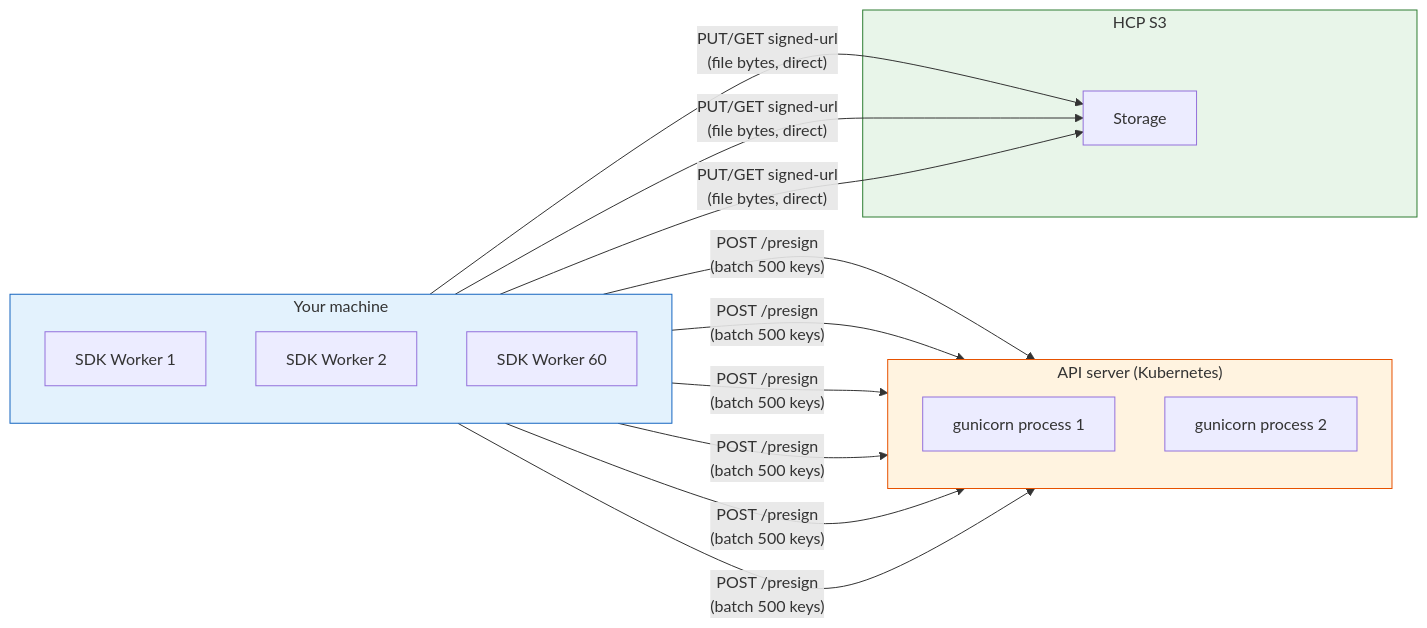
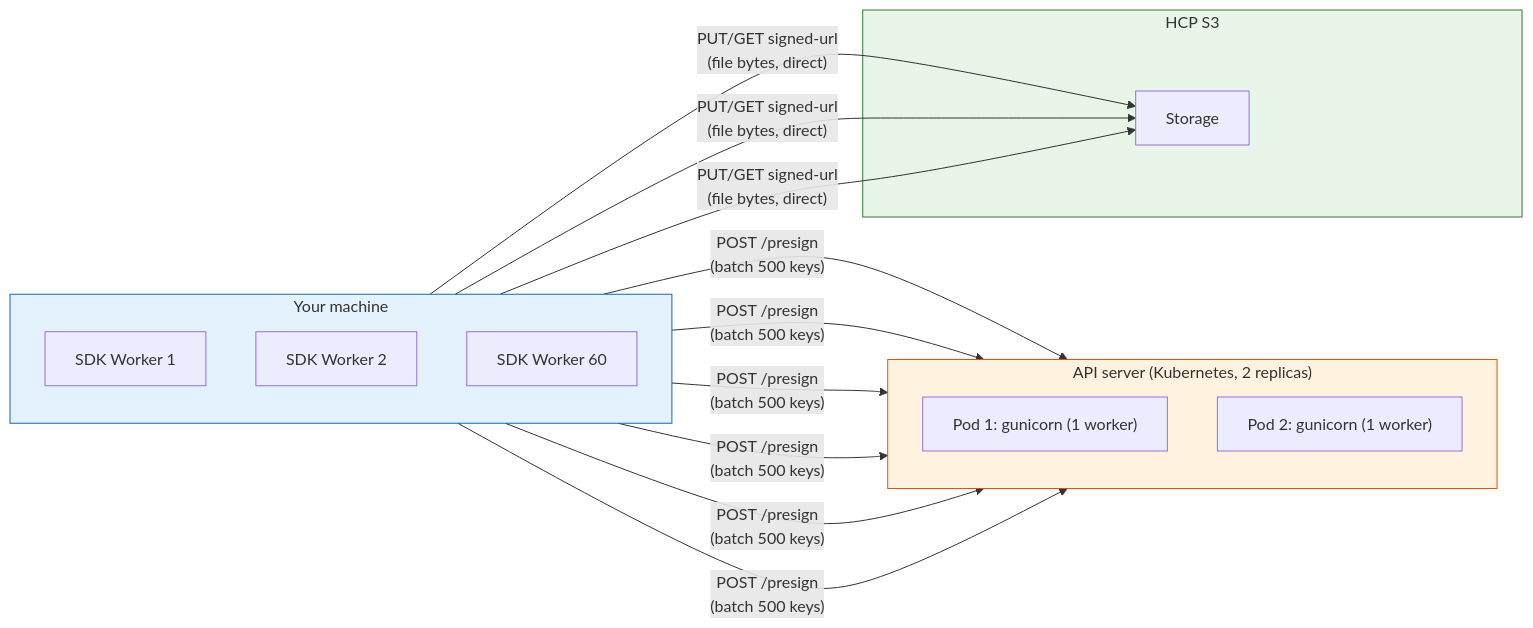
One commit to AI-Riksarkivet/ra-hcp changed the third of 8 diagrams in docs/sdk/cli.md. Above: the diagram before and after it, drawn with Mermaid. The commit also changed other lines of this file and 24 other files, not shown here.

First line of the commit message:
refactor(backend): use 1 gunicorn worker per pod and default to 2 replicas

````diff
--- a/docs/sdk/cli.md
+++ b/docs/sdk/cli.md
@@ -394,26 +396,26 @@
 ```mermaid
 flowchart LR
     subgraph YM["Your machine"]
         direction TB
         W1["SDK Worker 1"]
         W2["SDK Worker 2"]
         W60["SDK Worker 60"]
     end
 
-    subgraph API["API server (Kubernetes)"]
+    subgraph API["API server (Kubernetes, 2 replicas)"]
         direction TB
-        G1["gunicorn process 1"]
-        G2["gunicorn process 2"]
+        G1["Pod 1: gunicorn (1 worker)"]
+        G2["Pod 2: gunicorn (1 worker)"]
     end
 
     subgraph HCP["HCP S3"]
         S3["Storage"]
     end
 
     W1 & W2 & W60 -->|"POST /presign<br/>(batch 500 keys)"| G1 & G2
     W1 & W2 & W60 -->|"PUT/GET signed-url<br/>(file bytes, direct)"| S3
 
     style YM fill:#e3f2fd,stroke:#1565c0
     style API fill:#fff3e0,stroke:#e65100
     style HCP fill:#e8f5e9,stroke:#2e7d32
 ```
````
